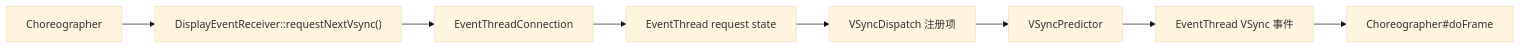
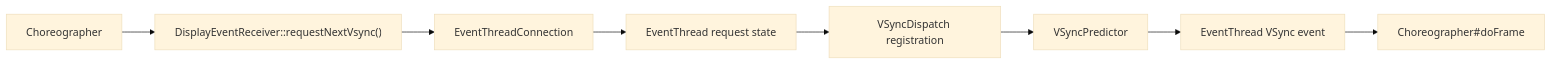
One commit to Gracker/android-internals-wiki changed the second of 4 diagrams in src/part1-fundamentals/ch02-rendering/23-vsync-scheduler-displayframerate.md. Above: the diagram before and after it, drawn with Mermaid (base theme). The commit also changed other lines of this file and 3 other files, not shown here.

````diff
--- a/src/part1-fundamentals/ch02-rendering/23-vsync-scheduler-displayframerate.md
+++ b/src/part1-fundamentals/ch02-rendering/23-vsync-scheduler-displayframerate.md
@@ -255,10 +255,10 @@
 ```mermaid
 flowchart LR
     CH["Choreographer"] --> DER["DisplayEventReceiver::requestNextVsync()"]
     DER --> CONN["EventThreadConnection"]
     CONN --> ET["EventThread request state"]
-    ET --> VD["VSyncDispatch 注册项"]
+    ET --> VD["VSyncDispatch registration"]
     VD --> VP["VSyncPredictor"]
-    VP --> ET2["EventThread VSync 事件"]
+    VP --> ET2["EventThread VSync event"]
     ET2 --> CH2["Choreographer#doFrame"]
 ```
````
